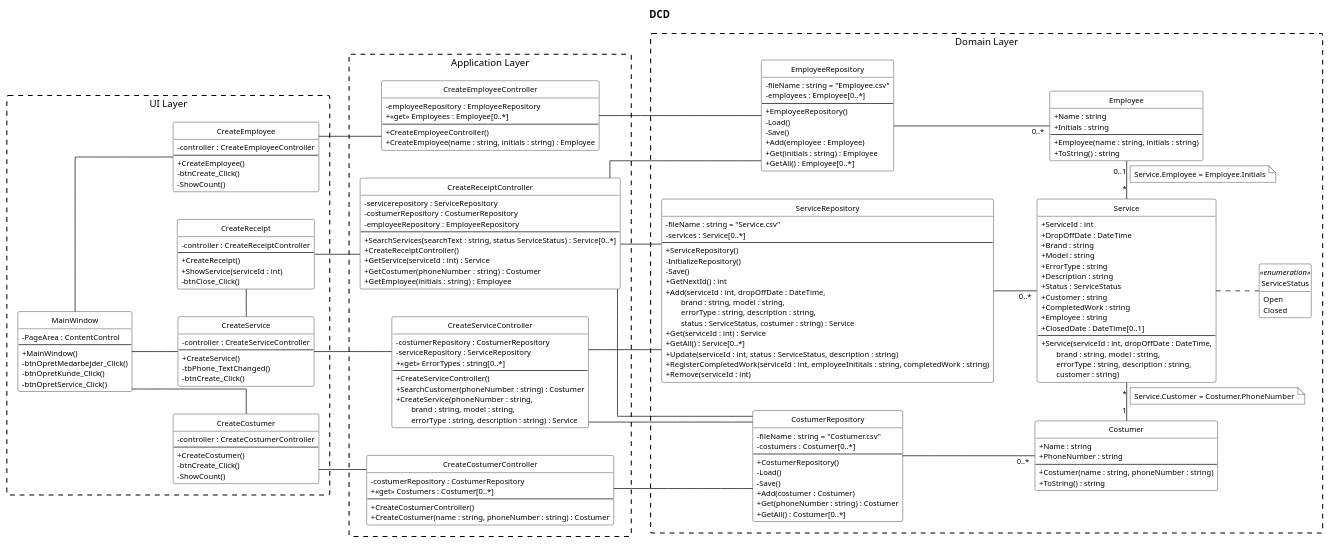
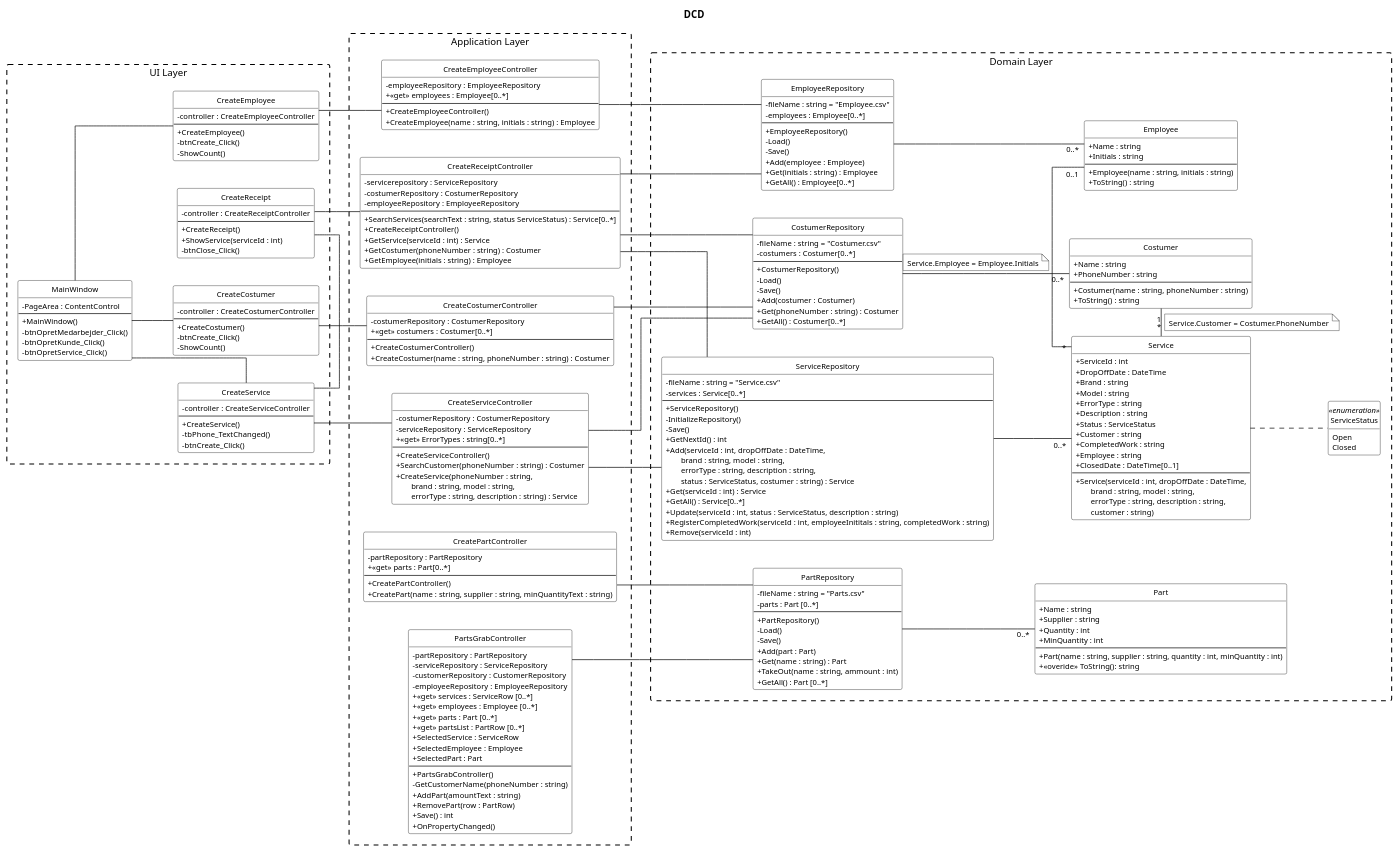
Before and after one commit to Zoabz/Getting-Real: the diagram in 7. Design Class Diagram/designklassediagram Sprint 1.puml, drawn with PlantUML.

Commit message:
updated DCD

```diff
--- a/7. Design Class Diagram/designklassediagram Sprint 1.puml
+++ b/7. Design Class Diagram/designklassediagram Sprint 1.puml
@@ -91,7 +91,7 @@
 
   class CreateEmployeeController {
     - employeeRepository : EmployeeRepository
-    + «get» Employees : Employee[0..*]
+    + «get» employees : Employee[0..*]
     --
     + CreateEmployeeController()
     + CreateEmployee(name : string, initials : string) : Employee
@@ -99,7 +99,7 @@
 
   class CreateCostumerController {
     - costumerRepository : CostumerRepository
-    + «get» Costumers : Costumer[0..*]
+    + «get» costumers : Costumer[0..*]
     --
     + CreateCostumerController()
     + CreateCostumer(name : string, phoneNumber : string) : Costumer
@@ -127,6 +127,35 @@
     + GetService(serviceId : int) : Service
     + GetCostumer(phoneNumber : string) : Costumer
     + GetEmployee(initials : string) : Employee
+  }
+
+   class CreatePartController {
+  - partRepository : PartRepository
+  + «get» parts : Part[0..*]
+  --
+  +CreatePartController()
+  +CreatePart(name : string, supplier : string, minQuantityText : string)
+  }
+
+  class PartsGrabController {
+  - partRepository : PartRepository
+  - serviceRepository : ServiceRepository
+  - customerRepository : CustomerRepository
+  - employeeRepository : EmployeeRepository
+  + «get» services : ServiceRow [0..*]
+  + «get» employees : Employee [0..*] 
+  + «get» parts : Part [0..*] 
+  + «get» partsList : PartRow [0..*]
+  + SelectedService : ServiceRow
+  + SelectedEmployee : Employee
+  + SelectedPart : Part
+  --
+  + PartsGrabController()
+  - GetCustomerName(phoneNumber : string)
+  + AddPart(amountText : string)
+  + RemovePart(row : PartRow)
+  + Save() : int
+  + OnPropertyChanged()
   }
 }
 
@@ -176,12 +205,35 @@
     + Remove(serviceId : int)
   }
 
+  class PartRepository {
+   - fileName : string = "Parts.csv"
+   - parts : Part [0..*]
+   --
+   + PartRepository()
+  - Load()
+  - Save()
+  + Add(part : Part)
+  + Get(name : string) : Part
+  + TakeOut(name : string, ammount : int)
+  + GetAll() : Part [0..*]
+  }
+
   class Employee {
     + Name : string
     + Initials : string
     --
     + Employee(name : string, initials : string)
     + ToString() : string
+  }
+
+    class Part {
+    + Name : string
+    + Supplier : string
+    + Quantity : int
+    + MinQuantity : int
+    --
+    + Part(name : string, supplier : string, quantity : int, minQuantity : int)
+    + <<overide>> ToString(): string
   }
 
   class Costumer {
@@ -237,11 +289,14 @@
 CreateReceiptController  -- ServiceRepository
 CreateReceiptController  -- CostumerRepository
 CreateReceiptController  -- EmployeeRepository
+CreatePartController -- PartRepository
+PartsGrabController -- PartRepository
 
 ' ---------- Repository -> domæneklasse ----------
 EmployeeRepository -- "0..*" Employee
 CostumerRepository -- "0..*" Costumer
 ServiceRepository  -- "0..*" Service
+PartRepository -- "0..*" Part
 
 ' ---------- Domænerelationer (gemt som nøgle i Service) ----------
 Costumer "1" - "*" Service
```
